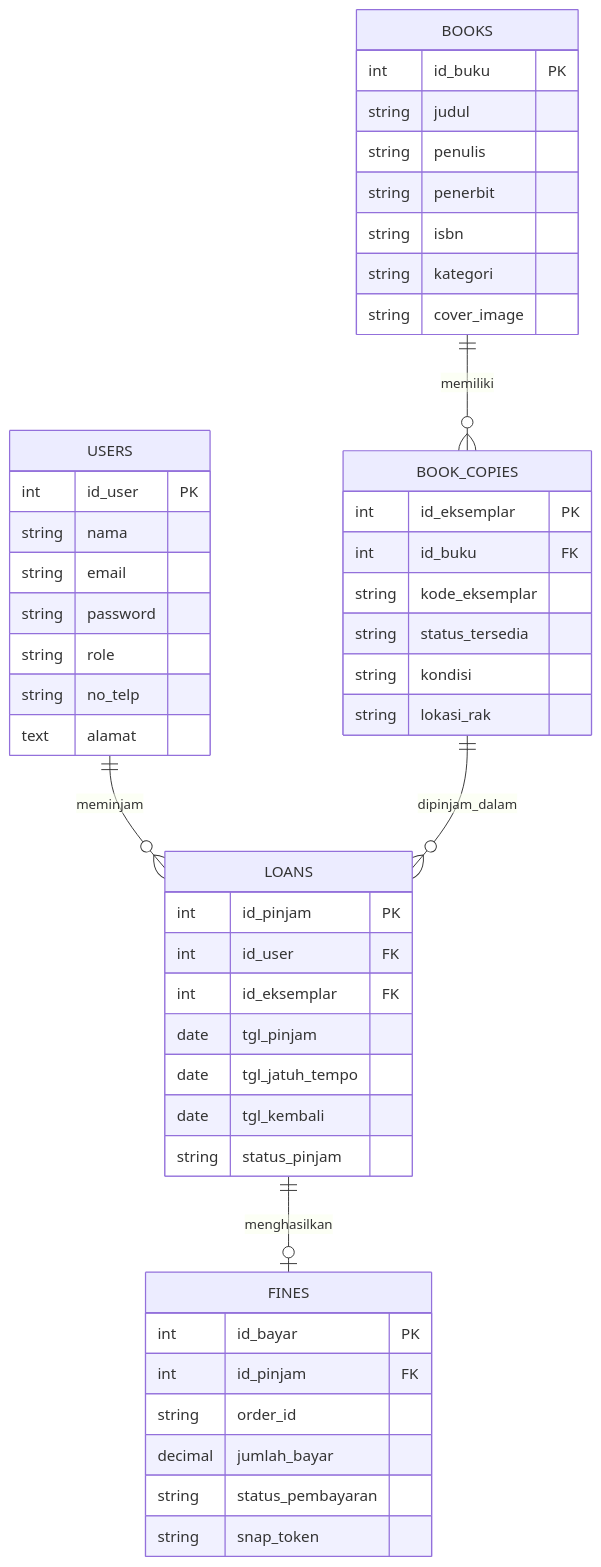
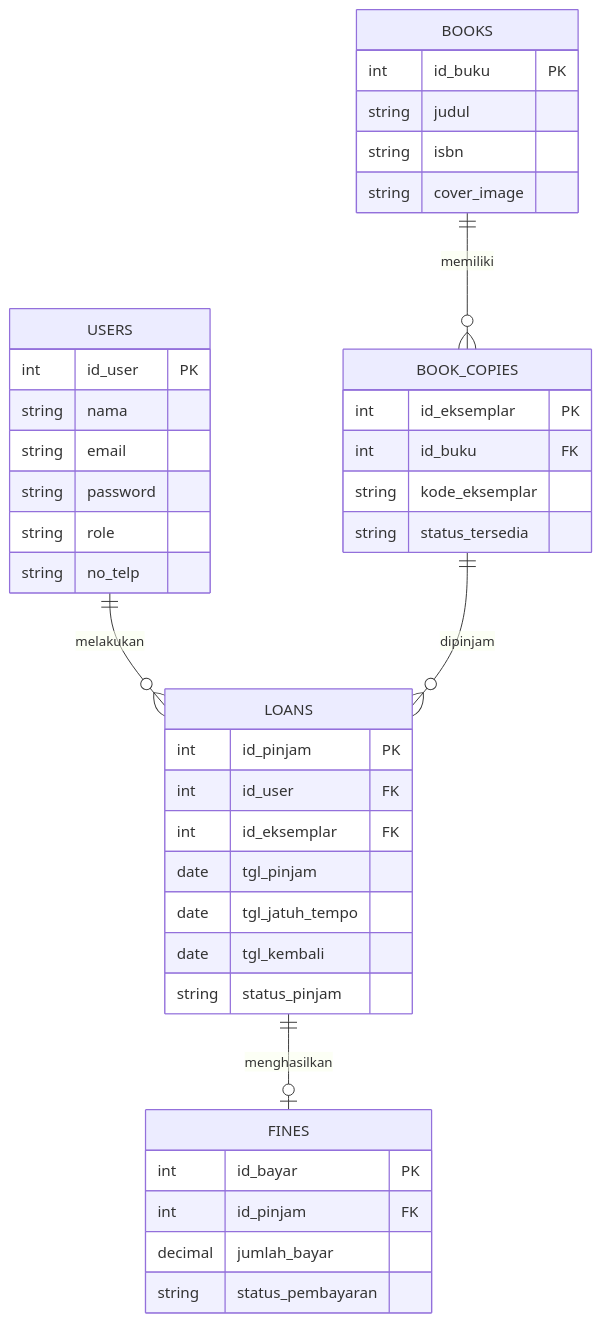
Before and after one commit to benballervv/pustakahub: the diagram in README.md, drawn with Mermaid. The commit also changed other lines of this file and 6 other files, not shown here.

````diff
--- a/README.md
+++ b/README.md
@@ -100,51 +48,43 @@
 ```mermaid
 erDiagram
+    USERS ||--o{ LOANS : "melakukan"
+    BOOKS ||--o{ BOOK_COPIES : "memiliki"
+    BOOK_COPIES ||--o{ LOANS : "dipinjam"
+    LOANS ||--o| FINES : "menghasilkan"
+
     USERS {
         int id_user PK
         string nama
         string email
         string password
         string role
         string no_telp
-        text alamat
     }
     BOOKS {
         int id_buku PK
         string judul
-        string penulis
-        string penerbit
         string isbn
-        string kategori
         string cover_image
     }
     BOOK_COPIES {
         int id_eksemplar PK
         int id_buku FK
         string kode_eksemplar
         string status_tersedia
-        string kondisi
-        string lokasi_rak
     }
     LOANS {
         int id_pinjam PK
         int id_user FK
         int id_eksemplar FK
         date tgl_pinjam
         date tgl_jatuh_tempo
         date tgl_kembali
         string status_pinjam
     }
     FINES {
         int id_bayar PK
         int id_pinjam FK
-        string order_id
         decimal jumlah_bayar
         string status_pembayaran
-        string snap_token
     }
-
-    BOOKS ||--o{ BOOK_COPIES : "memiliki"
-    USERS ||--o{ LOANS : "meminjam"
-    BOOK_COPIES ||--o{ LOANS : "dipinjam_dalam"
-    LOANS ||--o| FINES : "menghasilkan"
 ```
````
